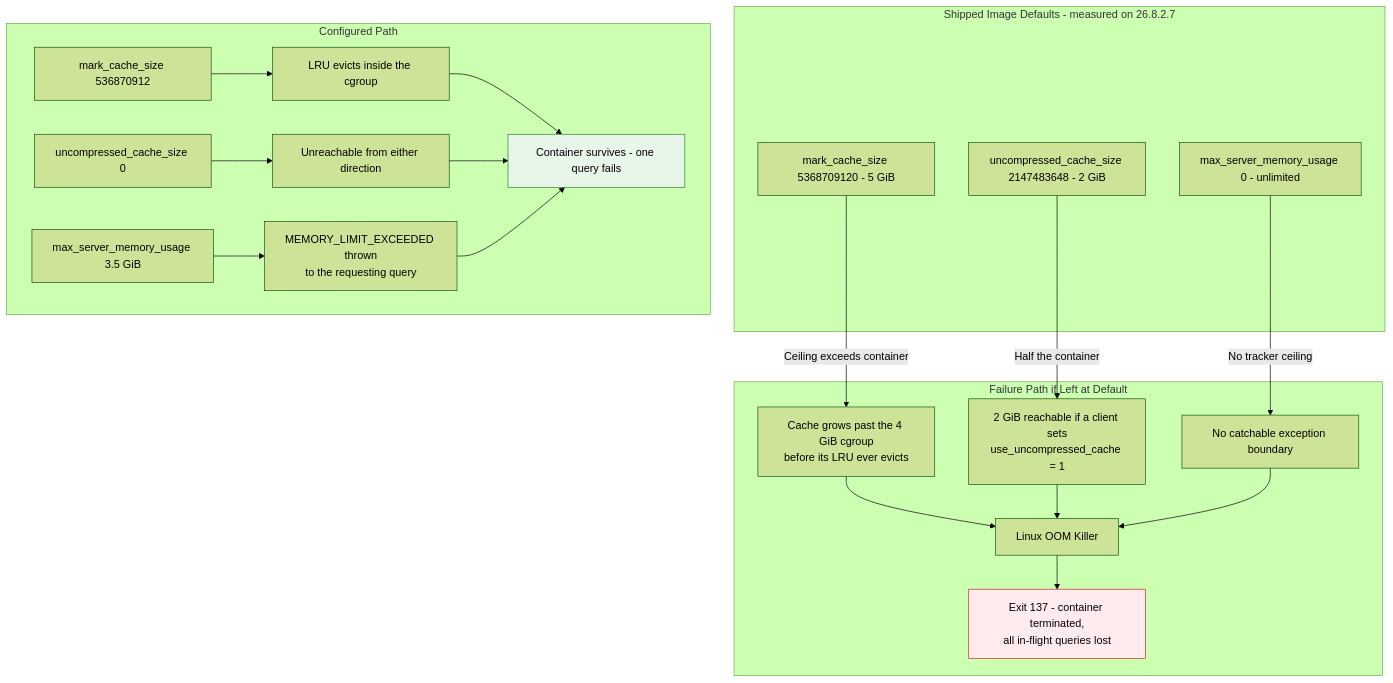
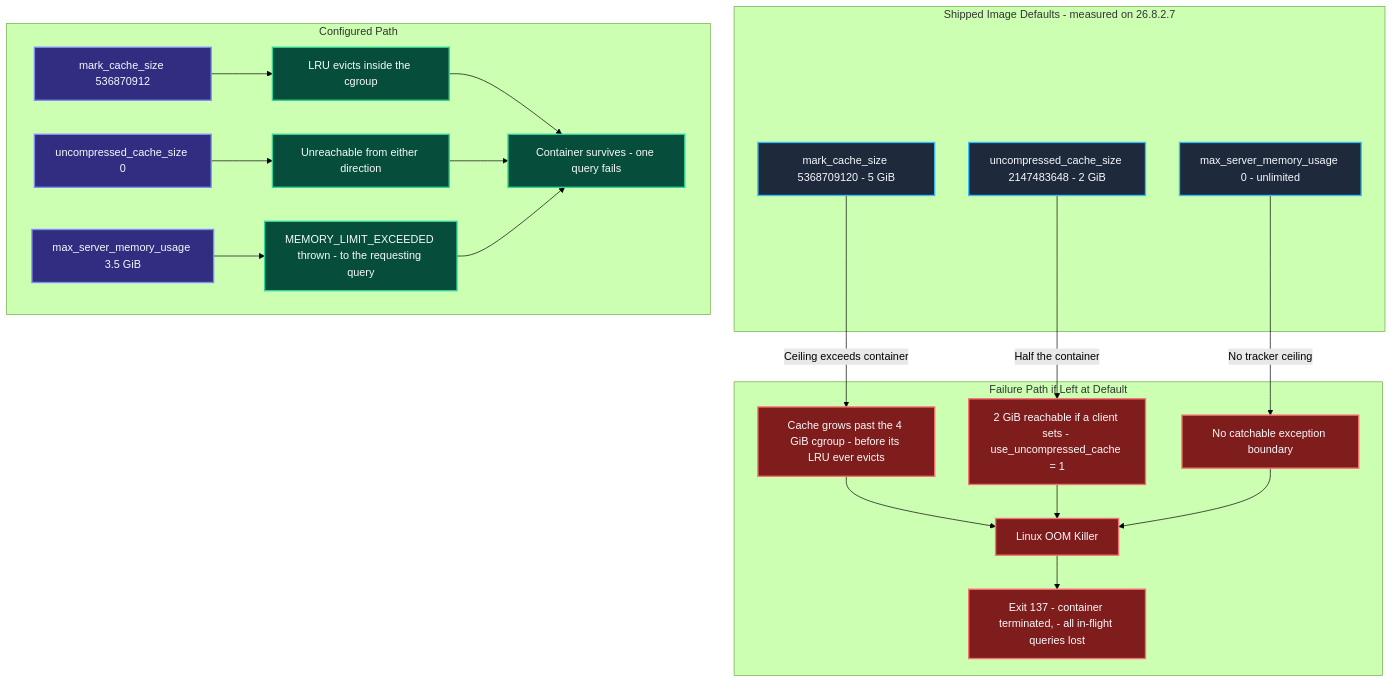
The fourth of 17 diagrams in docs/configDoc/clickhouse-configuration-guide.md (Chief-Strategist-J/llm-obs-infra), drawn with Mermaid (forest theme) before and after one commit. The commit also changed other lines of this file, not shown here.

First line of the commit message:
fix(clickhouse-docs): repair Mermaid rendering, colour all diagrams, strip pseudocode comments

````diff
--- a/docs/configDoc/clickhouse-configuration-guide.md
+++ b/docs/configDoc/clickhouse-configuration-guide.md
@@ -602,30 +661,43 @@
 ```mermaid
 graph TB
     subgraph Defaults ["Shipped Image Defaults - measured on 26.8.2.7"]
         D1["mark_cache_size 5368709120 - 5 GiB"]
         D2["uncompressed_cache_size 2147483648 - 2 GiB"]
         D3["max_server_memory_usage 0 - unlimited"]
     end
 
     subgraph Problem ["Failure Path if Left at Default"]
-        D1 -->|Ceiling exceeds container| P1["Cache grows past the 4 GiB cgroup<br/>before its LRU ever evicts"]
-        D2 -->|Half the container| P2["2 GiB reachable if a client sets<br/>use_uncompressed_cache = 1"]
+        D1 -->|Ceiling exceeds container| P1["Cache grows past the 4 GiB cgroup - before its LRU ever evicts"]
+        D2 -->|Half the container| P2["2 GiB reachable if a client sets - use_uncompressed_cache = 1"]
         D3 -->|No tracker ceiling| P3["No catchable exception boundary"]
         P1 --> K1["Linux OOM Killer"]
         P2 --> K1
         P3 --> K1
-        K1 --> K2["Exit 137 - container terminated,<br/>all in-flight queries lost"]
+        K1 --> K2["Exit 137 - container terminated, - all in-flight queries lost"]
     end
 
     subgraph Configured ["Configured Path"]
         C1["mark_cache_size 536870912"] --> S1["LRU evicts inside the cgroup"]
         C2["uncompressed_cache_size 0"] --> S2["Unreachable from either direction"]
-        C3["max_server_memory_usage 3.5 GiB"] --> S3["MEMORY_LIMIT_EXCEEDED thrown<br/>to the requesting query"]
+        C3["max_server_memory_usage 3.5 GiB"] --> S3["MEMORY_LIMIT_EXCEEDED thrown - to the requesting query"]
         S1 --> S4["Container survives - one query fails"]
         S2 --> S4
         S3 --> S4
     end
 
-    style K2 fill:#ffebee,stroke:#c62828
-    style S4 fill:#e8f5e9,stroke:#2e7d32
+    style D1 fill:#1e293b,stroke:#38bdf8,stroke-width:2px,color:#f8fafc
+    style D2 fill:#1e293b,stroke:#38bdf8,stroke-width:2px,color:#f8fafc
+    style D3 fill:#1e293b,stroke:#38bdf8,stroke-width:2px,color:#f8fafc
+    style P1 fill:#7f1d1d,stroke:#f87171,stroke-width:2px,color:#f8fafc
+    style P2 fill:#7f1d1d,stroke:#f87171,stroke-width:2px,color:#f8fafc
+    style P3 fill:#7f1d1d,stroke:#f87171,stroke-width:2px,color:#f8fafc
+    style K1 fill:#7f1d1d,stroke:#f87171,stroke-width:2px,color:#f8fafc
+    style K2 fill:#7f1d1d,stroke:#f87171,stroke-width:2px,color:#f8fafc
+    style C1 fill:#312e81,stroke:#818cf8,stroke-width:2px,color:#f8fafc
+    style C2 fill:#312e81,stroke:#818cf8,stroke-width:2px,color:#f8fafc
+    style C3 fill:#312e81,stroke:#818cf8,stroke-width:2px,color:#f8fafc
+    style S1 fill:#064e3b,stroke:#34d399,stroke-width:2px,color:#f8fafc
+    style S2 fill:#064e3b,stroke:#34d399,stroke-width:2px,color:#f8fafc
+    style S3 fill:#064e3b,stroke:#34d399,stroke-width:2px,color:#f8fafc
+    style S4 fill:#064e3b,stroke:#34d399,stroke-width:2px,color:#f8fafc
 ```
````
